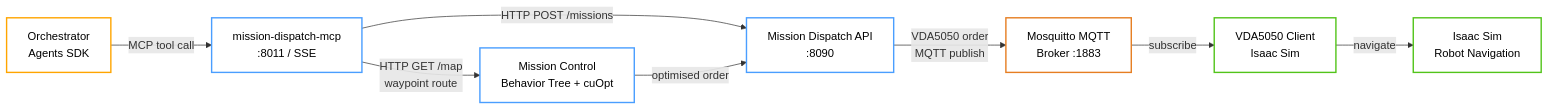
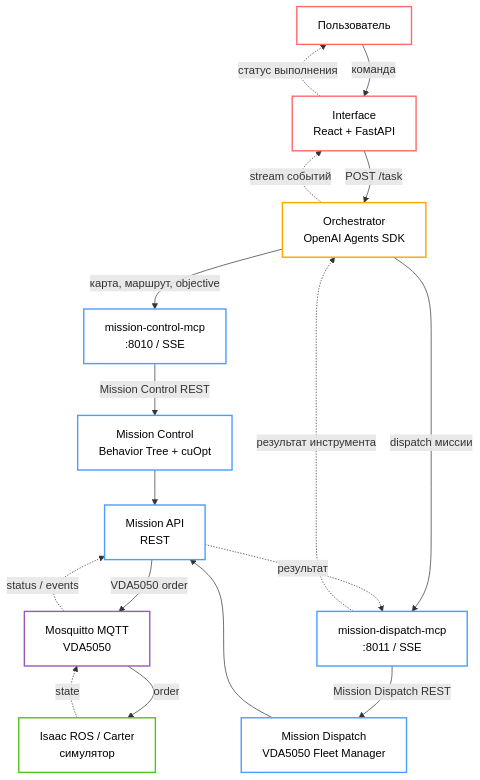
Before and after one commit to deneal123/AgentsSwarm: the diagram in mmd/fig_2_3_command_route.mmd, drawn with Mermaid. The commit also changed 43 other files, not shown here.

```diff
--- a/mmd/fig_2_3_command_route.mmd
+++ b/mmd/fig_2_3_command_route.mmd
@@ -1,24 +1,30 @@
-graph LR
-    Orchestrator["Orchestrator\nAgents SDK"]
-    MCPServer["mission-dispatch-mcp\n:8011 / SSE"]
-    MissionControl["Mission Control\nBehavior Tree + cuOpt"]
-    MissionDispatch["Mission Dispatch API\n:8090"]
-    Mosquitto["Mosquitto MQTT\nBroker :1883"]
-    VDA5050["VDA5050 Client\nIsaac Sim"]
-    IsaacSim["Isaac Sim\nRobot Navigation"]
+graph TB
+    User["Пользователь"] -->|"команда"| Interface["Interface\nReact + FastAPI"]
+    Interface -->|"POST /task"| Orchestrator["Orchestrator\nOpenAI Agents SDK"]
+    Orchestrator -->|"карта, маршрут, objective"| MCP1["mission-control-mcp\n:8010 / SSE"]
+    MCP1 -->|"Mission Control REST"| MissionControl["Mission Control\nBehavior Tree + cuOpt"]
 
-    Orchestrator -->|"MCP tool call"| MCPServer
-    MCPServer -->|"HTTP GET /map\nwaypoint route"| MissionControl
-    MCPServer -->|"HTTP POST /missions"| MissionDispatch
-    MissionControl -->|"optimised order"| MissionDispatch
-    MissionDispatch -->|"VDA5050 order\nMQTT publish"| Mosquitto
-    Mosquitto -->|"subscribe"| VDA5050
-    VDA5050 -->|"navigate"| IsaacSim
+    Orchestrator -->|"dispatch миссии"| MCP2["mission-dispatch-mcp\n:8011 / SSE"]
+    MCP2 -->|"Mission Dispatch REST"| MissionDispatch["Mission Dispatch\nVDA5050 Fleet Manager"]
+    MissionControl --> MissionAPI["Mission API\nREST"]
+    MissionDispatch --> MissionAPI
+    MissionAPI -->|"VDA5050 order"| MQTT["Mosquitto MQTT\nVDA5050"]
+    MQTT -->|"order"| Robot["Isaac ROS / Carter\nсимулятор"]
 
+    Robot -.->|"state"| MQTT
+    MQTT -.->|"status / events"| MissionAPI
+    MissionAPI -.->|"результат"| MCP2
+    MCP2 -.->|"результат инструмента"| Orchestrator
+    Orchestrator -.->|"stream событий"| Interface
+    Interface -.->|"статус выполнения"| User
+
+    style User fill:none,stroke:#ff6b6b,stroke-width:2px,color:#000
+    style Interface fill:none,stroke:#ff6b6b,stroke-width:2px,color:#000
     style Orchestrator fill:none,stroke:#ffa500,stroke-width:2px,color:#000
-    style MCPServer fill:none,stroke:#4a9eff,stroke-width:2px,color:#000
+    style MCP1 fill:none,stroke:#4a9eff,stroke-width:2px,color:#000
+    style MCP2 fill:none,stroke:#4a9eff,stroke-width:2px,color:#000
     style MissionControl fill:none,stroke:#4a9eff,stroke-width:2px,color:#000
     style MissionDispatch fill:none,stroke:#4a9eff,stroke-width:2px,color:#000
-    style Mosquitto fill:none,stroke:#e67e22,stroke-width:2px,color:#000
-    style VDA5050 fill:none,stroke:#52c41a,stroke-width:2px,color:#000
-    style IsaacSim fill:none,stroke:#52c41a,stroke-width:2px,color:#000
+    style MissionAPI fill:none,stroke:#4a9eff,stroke-width:2px,color:#000
+    style MQTT fill:none,stroke:#9b59b6,stroke-width:2px,color:#000
+    style Robot fill:none,stroke:#52c41a,stroke-width:2px,color:#000
```
